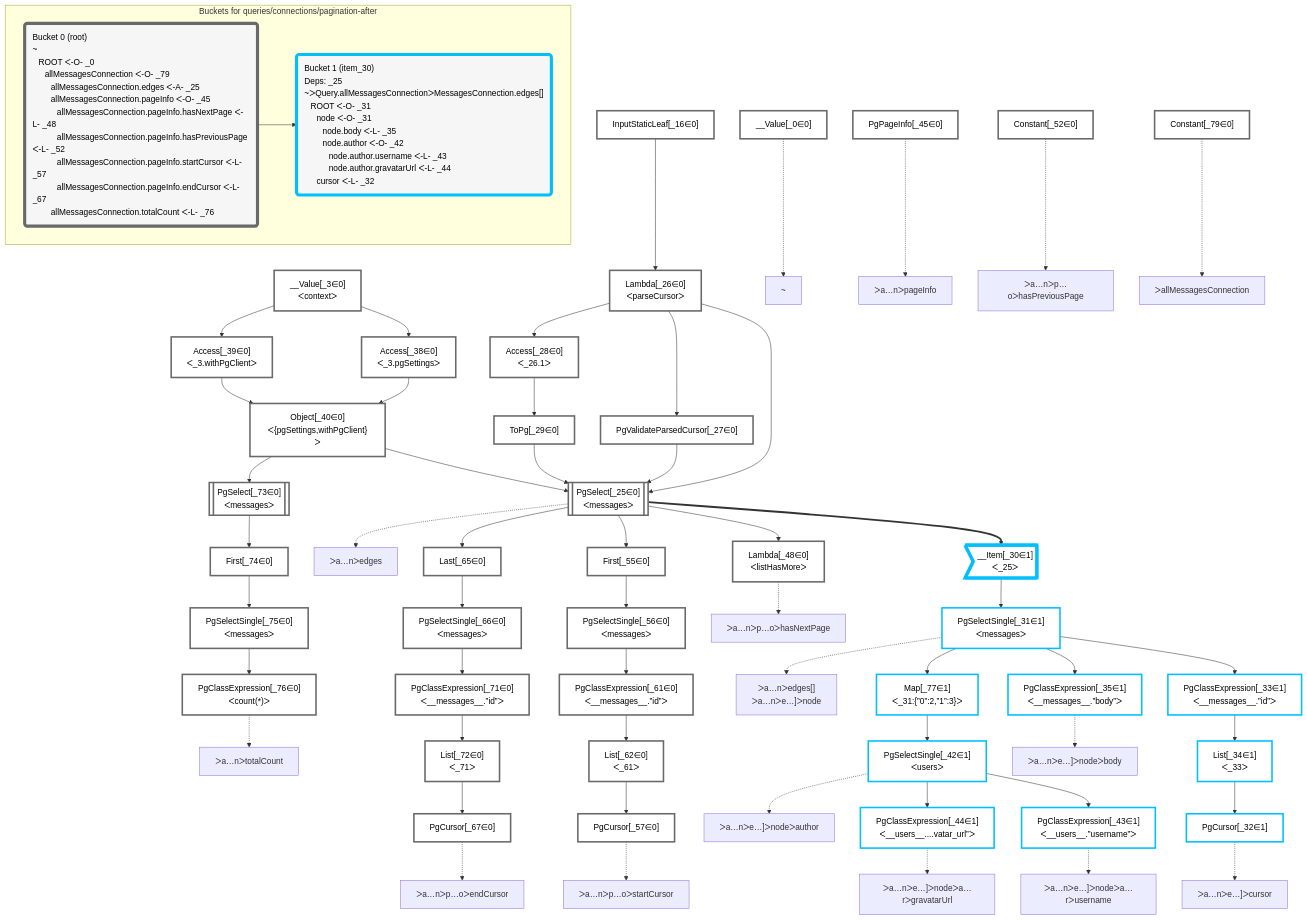
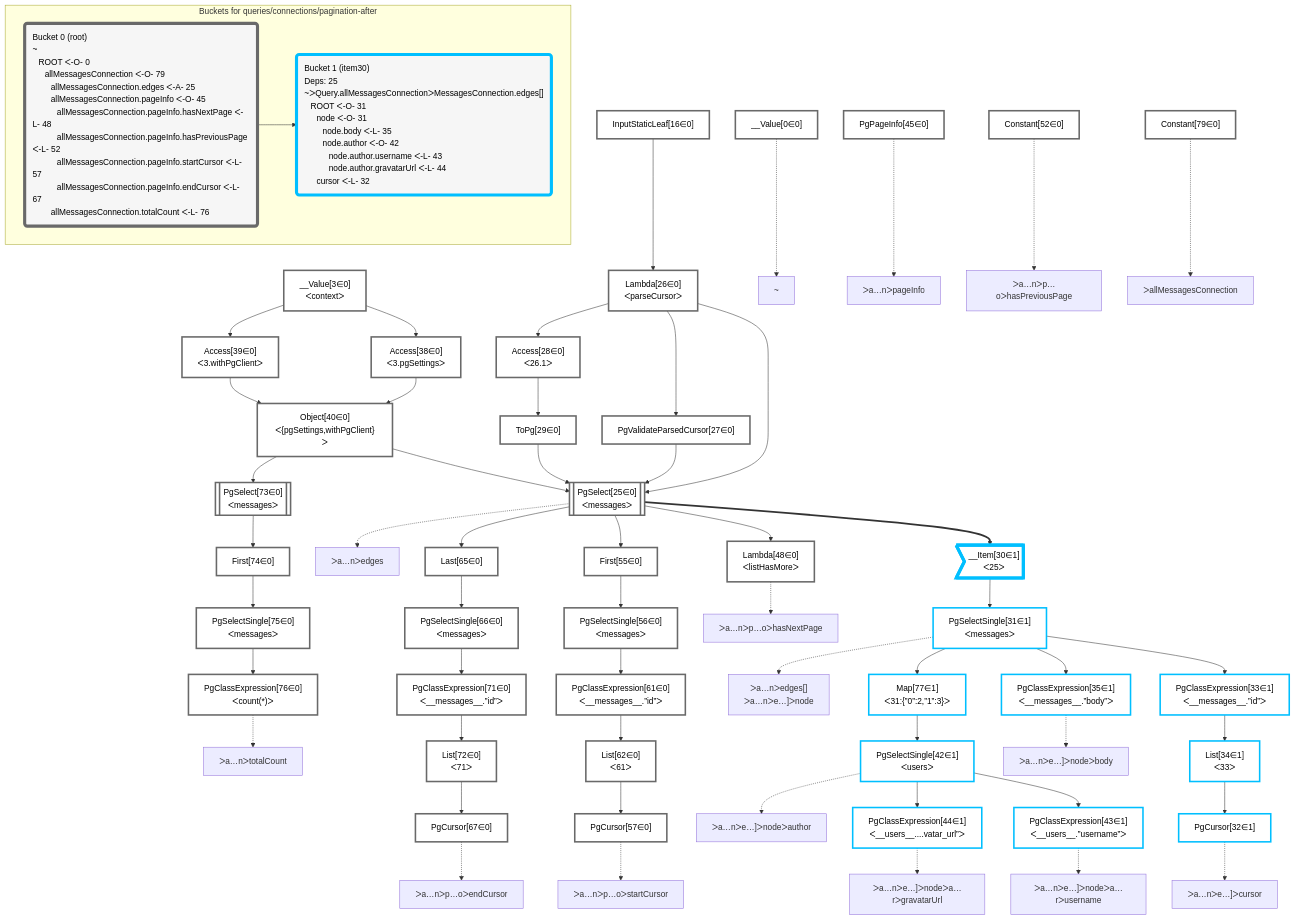
One commit to graphile/crystal changed the diagram in packages/dataplan-pg/__tests__/queries/connections/pagination-after.mermaid.md. Above: the diagram before and after it, drawn with Mermaid. The commit also changed 195 other files, not shown here.

````diff
--- a/packages/dataplan-pg/__tests__/queries/connections/pagination-after.mermaid.md
+++ b/packages/dataplan-pg/__tests__/queries/connections/pagination-after.mermaid.md
@@ -8,120 +8,120 @@
 
 
     %% define plans
-    __Value_0["__Value[_0∈0]"]:::plan
-    PgCursor_32["PgCursor[_32∈1]"]:::plan
-    List_34["List[_34∈1]<br />ᐸ_33ᐳ"]:::plan
-    PgClassExpression_33["PgClassExpression[_33∈1]<br />ᐸ__messages__.”id”ᐳ"]:::plan
-    PgClassExpression_35["PgClassExpression[_35∈1]<br />ᐸ__messages__.”body”ᐳ"]:::plan
-    PgClassExpression_43["PgClassExpression[_43∈1]<br />ᐸ__users__.”username”ᐳ"]:::plan
-    PgClassExpression_44["PgClassExpression[_44∈1]<br />ᐸ__users__....vatar_url”ᐳ"]:::plan
-    PgSelectSingle_42["PgSelectSingle[_42∈1]<br />ᐸusersᐳ"]:::plan
-    Map_77["Map[_77∈1]<br />ᐸ_31:{”0”:2,”1”:3}ᐳ"]:::plan
-    PgSelectSingle_31["PgSelectSingle[_31∈1]<br />ᐸmessagesᐳ"]:::plan
-    __Item_30>"__Item[_30∈1]<br />ᐸ_25ᐳ"]:::itemplan
-    Lambda_48["Lambda[_48∈0]<br />ᐸlistHasMoreᐳ"]:::plan
-    PgCursor_57["PgCursor[_57∈0]"]:::plan
-    List_62["List[_62∈0]<br />ᐸ_61ᐳ"]:::plan
-    PgClassExpression_61["PgClassExpression[_61∈0]<br />ᐸ__messages__.”id”ᐳ"]:::plan
-    PgSelectSingle_56["PgSelectSingle[_56∈0]<br />ᐸmessagesᐳ"]:::plan
-    First_55["First[_55∈0]"]:::plan
-    PgCursor_67["PgCursor[_67∈0]"]:::plan
-    List_72["List[_72∈0]<br />ᐸ_71ᐳ"]:::plan
-    PgClassExpression_71["PgClassExpression[_71∈0]<br />ᐸ__messages__.”id”ᐳ"]:::plan
-    PgSelectSingle_66["PgSelectSingle[_66∈0]<br />ᐸmessagesᐳ"]:::plan
-    Last_65["Last[_65∈0]"]:::plan
-    PgSelect_25[["PgSelect[_25∈0]<br />ᐸmessagesᐳ"]]:::plan
-    PgClassExpression_76["PgClassExpression[_76∈0]<br />ᐸcount(*)ᐳ"]:::plan
-    PgSelectSingle_75["PgSelectSingle[_75∈0]<br />ᐸmessagesᐳ"]:::plan
-    First_74["First[_74∈0]"]:::plan
-    PgSelect_73[["PgSelect[_73∈0]<br />ᐸmessagesᐳ"]]:::plan
-    Object_40["Object[_40∈0]<br />ᐸ{pgSettings,withPgClient}ᐳ"]:::plan
-    Access_38["Access[_38∈0]<br />ᐸ_3.pgSettingsᐳ"]:::plan
-    Access_39["Access[_39∈0]<br />ᐸ_3.withPgClientᐳ"]:::plan
-    __Value_3["__Value[_3∈0]<br />ᐸcontextᐳ"]:::plan
-    PgValidateParsedCursor_27["PgValidateParsedCursor[_27∈0]"]:::plan
-    ToPg_29["ToPg[_29∈0]"]:::plan
-    Access_28["Access[_28∈0]<br />ᐸ_26.1ᐳ"]:::plan
-    Lambda_26["Lambda[_26∈0]<br />ᐸparseCursorᐳ"]:::plan
-    InputStaticLeaf_16["InputStaticLeaf[_16∈0]"]:::plan
-    Constant_79["Constant[_79∈0]"]:::plan
-    PgPageInfo_45["PgPageInfo[_45∈0]"]:::plan
-    Constant_52["Constant[_52∈0]"]:::plan
+    __Value0["__Value[0∈0]"]:::plan
+    PgCursor32["PgCursor[32∈1]"]:::plan
+    List34["List[34∈1]<br />ᐸ33ᐳ"]:::plan
+    PgClassExpression33["PgClassExpression[33∈1]<br />ᐸ__messages__.”id”ᐳ"]:::plan
+    PgClassExpression35["PgClassExpression[35∈1]<br />ᐸ__messages__.”body”ᐳ"]:::plan
+    PgClassExpression43["PgClassExpression[43∈1]<br />ᐸ__users__.”username”ᐳ"]:::plan
+    PgClassExpression44["PgClassExpression[44∈1]<br />ᐸ__users__....vatar_url”ᐳ"]:::plan
+    PgSelectSingle42["PgSelectSingle[42∈1]<br />ᐸusersᐳ"]:::plan
+    Map77["Map[77∈1]<br />ᐸ31:{”0”:2,”1”:3}ᐳ"]:::plan
+    PgSelectSingle31["PgSelectSingle[31∈1]<br />ᐸmessagesᐳ"]:::plan
+    __Item30>"__Item[30∈1]<br />ᐸ25ᐳ"]:::itemplan
+    Lambda48["Lambda[48∈0]<br />ᐸlistHasMoreᐳ"]:::plan
+    PgCursor57["PgCursor[57∈0]"]:::plan
+    List62["List[62∈0]<br />ᐸ61ᐳ"]:::plan
+    PgClassExpression61["PgClassExpression[61∈0]<br />ᐸ__messages__.”id”ᐳ"]:::plan
+    PgSelectSingle56["PgSelectSingle[56∈0]<br />ᐸmessagesᐳ"]:::plan
+    First55["First[55∈0]"]:::plan
+    PgCursor67["PgCursor[67∈0]"]:::plan
+    List72["List[72∈0]<br />ᐸ71ᐳ"]:::plan
+    PgClassExpression71["PgClassExpression[71∈0]<br />ᐸ__messages__.”id”ᐳ"]:::plan
+    PgSelectSingle66["PgSelectSingle[66∈0]<br />ᐸmessagesᐳ"]:::plan
+    Last65["Last[65∈0]"]:::plan
+    PgSelect25[["PgSelect[25∈0]<br />ᐸmessagesᐳ"]]:::plan
+    PgClassExpression76["PgClassExpression[76∈0]<br />ᐸcount(*)ᐳ"]:::plan
+    PgSelectSingle75["PgSelectSingle[75∈0]<br />ᐸmessagesᐳ"]:::plan
+    First74["First[74∈0]"]:::plan
+    PgSelect73[["PgSelect[73∈0]<br />ᐸmessagesᐳ"]]:::plan
+    Object40["Object[40∈0]<br />ᐸ{pgSettings,withPgClient}ᐳ"]:::plan
+    Access38["Access[38∈0]<br />ᐸ3.pgSettingsᐳ"]:::plan
+    Access39["Access[39∈0]<br />ᐸ3.withPgClientᐳ"]:::plan
+    __Value3["__Value[3∈0]<br />ᐸcontextᐳ"]:::plan
+    PgValidateParsedCursor27["PgValidateParsedCursor[27∈0]"]:::plan
+    ToPg29["ToPg[29∈0]"]:::plan
+    Access28["Access[28∈0]<br />ᐸ26.1ᐳ"]:::plan
+    Lambda26["Lambda[26∈0]<br />ᐸparseCursorᐳ"]:::plan
+    InputStaticLeaf16["InputStaticLeaf[16∈0]"]:::plan
+    Constant79["Constant[79∈0]"]:::plan
+    PgPageInfo45["PgPageInfo[45∈0]"]:::plan
+    Constant52["Constant[52∈0]"]:::plan
 
     %% plan dependencies
-    List_34 --> PgCursor_32
-    PgClassExpression_33 --> List_34
-    PgSelectSingle_31 --> PgClassExpression_33
-    PgSelectSingle_31 --> PgClassExpression_35
-    PgSelectSingle_42 --> PgClassExpression_43
-    PgSelectSingle_42 --> PgClassExpression_44
-    Map_77 --> PgSelectSingle_42
-    PgSelectSingle_31 --> Map_77
-    __Item_30 --> PgSelectSingle_31
-    PgSelect_25 ==> __Item_30
-    PgSelect_25 --> Lambda_48
-    List_62 --> PgCursor_57
-    PgClassExpression_61 --> List_62
-    PgSelectSingle_56 --> PgClassExpression_61
-    First_55 --> PgSelectSingle_56
-    PgSelect_25 --> First_55
-    List_72 --> PgCursor_67
-    PgClassExpression_71 --> List_72
-    PgSelectSingle_66 --> PgClassExpression_71
-    Last_65 --> PgSelectSingle_66
-    PgSelect_25 --> Last_65
-    Object_40 & Lambda_26 & PgValidateParsedCursor_27 & ToPg_29 --> PgSelect_25
-    PgSelectSingle_75 --> PgClassExpression_76
-    First_74 --> PgSelectSingle_75
-    PgSelect_73 --> First_74
-    Object_40 --> PgSelect_73
-    Access_38 & Access_39 --> Object_40
-    __Value_3 --> Access_38
-    __Value_3 --> Access_39
-    Lambda_26 --> PgValidateParsedCursor_27
-    Access_28 --> ToPg_29
-    Lambda_26 --> Access_28
-    InputStaticLeaf_16 --> Lambda_26
+    List34 --> PgCursor32
+    PgClassExpression33 --> List34
+    PgSelectSingle31 --> PgClassExpression33
+    PgSelectSingle31 --> PgClassExpression35
+    PgSelectSingle42 --> PgClassExpression43
+    PgSelectSingle42 --> PgClassExpression44
+    Map77 --> PgSelectSingle42
+    PgSelectSingle31 --> Map77
+    __Item30 --> PgSelectSingle31
+    PgSelect25 ==> __Item30
+    PgSelect25 --> Lambda48
+    List62 --> PgCursor57
+    PgClassExpression61 --> List62
+    PgSelectSingle56 --> PgClassExpression61
+    First55 --> PgSelectSingle56
+    PgSelect25 --> First55
+    List72 --> PgCursor67
+    PgClassExpression71 --> List72
+    PgSelectSingle66 --> PgClassExpression71
+    Last65 --> PgSelectSingle66
+    PgSelect25 --> Last65
+    Object40 & Lambda26 & PgValidateParsedCursor27 & ToPg29 --> PgSelect25
+    PgSelectSingle75 --> PgClassExpression76
+    First74 --> PgSelectSingle75
+    PgSelect73 --> First74
+    Object40 --> PgSelect73
+    Access38 & Access39 --> Object40
+    __Value3 --> Access38
+    __Value3 --> Access39
+    Lambda26 --> PgValidateParsedCursor27
+    Access28 --> ToPg29
+    Lambda26 --> Access28
+    InputStaticLeaf16 --> Lambda26
 
     %% plan-to-path relationships
-    P_0["~"]
-    __Value_0 -.-> P_0
-    P_25["ᐳa…nᐳedges"]
-    PgSelect_25 -.-> P_25
-    P_31["ᐳa…nᐳedges[]<br />ᐳa…nᐳe…]ᐳnode"]
-    PgSelectSingle_31 -.-> P_31
-    P_32["ᐳa…nᐳe…]ᐳcursor"]
-    PgCursor_32 -.-> P_32
-    P_35["ᐳa…nᐳe…]ᐳnodeᐳbody"]
-    PgClassExpression_35 -.-> P_35
-    P_42["ᐳa…nᐳe…]ᐳnodeᐳauthor"]
-    PgSelectSingle_42 -.-> P_42
-    P_43["ᐳa…nᐳe…]ᐳnodeᐳa…rᐳusername"]
-    PgClassExpression_43 -.-> P_43
-    P_44["ᐳa…nᐳe…]ᐳnodeᐳa…rᐳgravatarUrl"]
-    PgClassExpression_44 -.-> P_44
-    P_45["ᐳa…nᐳpageInfo"]
-    PgPageInfo_45 -.-> P_45
-    P_48["ᐳa…nᐳp…oᐳhasNextPage"]
-    Lambda_48 -.-> P_48
-    P_52["ᐳa…nᐳp…oᐳhasPreviousPage"]
-    Constant_52 -.-> P_52
-    P_57["ᐳa…nᐳp…oᐳstartCursor"]
-    PgCursor_57 -.-> P_57
-    P_67["ᐳa…nᐳp…oᐳendCursor"]
-    PgCursor_67 -.-> P_67
-    P_76["ᐳa…nᐳtotalCount"]
-    PgClassExpression_76 -.-> P_76
-    P_79["ᐳallMessagesConnection"]
-    Constant_79 -.-> P_79
+    P0["~"]
+    __Value0 -.-> P0
+    P25["ᐳa…nᐳedges"]
+    PgSelect25 -.-> P25
+    P31["ᐳa…nᐳedges[]<br />ᐳa…nᐳe…]ᐳnode"]
+    PgSelectSingle31 -.-> P31
+    P32["ᐳa…nᐳe…]ᐳcursor"]
+    PgCursor32 -.-> P32
+    P35["ᐳa…nᐳe…]ᐳnodeᐳbody"]
+    PgClassExpression35 -.-> P35
+    P42["ᐳa…nᐳe…]ᐳnodeᐳauthor"]
+    PgSelectSingle42 -.-> P42
+    P43["ᐳa…nᐳe…]ᐳnodeᐳa…rᐳusername"]
+    PgClassExpression43 -.-> P43
+    P44["ᐳa…nᐳe…]ᐳnodeᐳa…rᐳgravatarUrl"]
+    PgClassExpression44 -.-> P44
+    P45["ᐳa…nᐳpageInfo"]
+    PgPageInfo45 -.-> P45
+    P48["ᐳa…nᐳp…oᐳhasNextPage"]
+    Lambda48 -.-> P48
+    P52["ᐳa…nᐳp…oᐳhasPreviousPage"]
+    Constant52 -.-> P52
+    P57["ᐳa…nᐳp…oᐳstartCursor"]
+    PgCursor57 -.-> P57
+    P67["ᐳa…nᐳp…oᐳendCursor"]
+    PgCursor67 -.-> P67
+    P76["ᐳa…nᐳtotalCount"]
+    PgClassExpression76 -.-> P76
+    P79["ᐳallMessagesConnection"]
+    Constant79 -.-> P79
 
     subgraph "Buckets for queries/connections/pagination-after"
-    Bucket0("Bucket 0 (root)<br />~<br />⠀ROOT ᐸ-O- _0<br />⠀⠀allMessagesConnection ᐸ-O- _79<br />⠀⠀⠀allMessagesConnection.edges ᐸ-A- _25<br />⠀⠀⠀allMessagesConnection.pageInfo ᐸ-O- _45<br />⠀⠀⠀⠀allMessagesConnection.pageInfo.hasNextPage ᐸ-L- _48<br />⠀⠀⠀⠀allMessagesConnection.pageInfo.hasPreviousPage ᐸ-L- _52<br />⠀⠀⠀⠀allMessagesConnection.pageInfo.startCursor ᐸ-L- _57<br />⠀⠀⠀⠀allMessagesConnection.pageInfo.endCursor ᐸ-L- _67<br />⠀⠀⠀allMessagesConnection.totalCount ᐸ-L- _76"):::bucket
+    Bucket0("Bucket 0 (root)<br />~<br />⠀ROOT ᐸ-O- 0<br />⠀⠀allMessagesConnection ᐸ-O- 79<br />⠀⠀⠀allMessagesConnection.edges ᐸ-A- 25<br />⠀⠀⠀allMessagesConnection.pageInfo ᐸ-O- 45<br />⠀⠀⠀⠀allMessagesConnection.pageInfo.hasNextPage ᐸ-L- 48<br />⠀⠀⠀⠀allMessagesConnection.pageInfo.hasPreviousPage ᐸ-L- 52<br />⠀⠀⠀⠀allMessagesConnection.pageInfo.startCursor ᐸ-L- 57<br />⠀⠀⠀⠀allMessagesConnection.pageInfo.endCursor ᐸ-L- 67<br />⠀⠀⠀allMessagesConnection.totalCount ᐸ-L- 76"):::bucket
     classDef bucket0 stroke:#696969
-    class Bucket0,__Value_0,__Value_3,InputStaticLeaf_16,PgSelect_25,Lambda_26,PgValidateParsedCursor_27,Access_28,ToPg_29,Access_38,Access_39,Object_40,PgPageInfo_45,Lambda_48,Constant_52,First_55,PgSelectSingle_56,PgCursor_57,PgClassExpression_61,List_62,Last_65,PgSelectSingle_66,PgCursor_67,PgClassExpression_71,List_72,PgSelect_73,First_74,PgSelectSingle_75,PgClassExpression_76,Constant_79 bucket0
-    Bucket1("Bucket 1 (item_30)<br />Deps: _25<br />~ᐳQuery.allMessagesConnectionᐳMessagesConnection.edges[]<br />⠀ROOT ᐸ-O- _31<br />⠀⠀node ᐸ-O- _31<br />⠀⠀⠀node.body ᐸ-L- _35<br />⠀⠀⠀node.author ᐸ-O- _42<br />⠀⠀⠀⠀node.author.username ᐸ-L- _43<br />⠀⠀⠀⠀node.author.gravatarUrl ᐸ-L- _44<br />⠀⠀cursor ᐸ-L- _32"):::bucket
+    class Bucket0,__Value0,__Value3,InputStaticLeaf16,PgSelect25,Lambda26,PgValidateParsedCursor27,Access28,ToPg29,Access38,Access39,Object40,PgPageInfo45,Lambda48,Constant52,First55,PgSelectSingle56,PgCursor57,PgClassExpression61,List62,Last65,PgSelectSingle66,PgCursor67,PgClassExpression71,List72,PgSelect73,First74,PgSelectSingle75,PgClassExpression76,Constant79 bucket0
+    Bucket1("Bucket 1 (item30)<br />Deps: 25<br />~ᐳQuery.allMessagesConnectionᐳMessagesConnection.edges[]<br />⠀ROOT ᐸ-O- 31<br />⠀⠀node ᐸ-O- 31<br />⠀⠀⠀node.body ᐸ-L- 35<br />⠀⠀⠀node.author ᐸ-O- 42<br />⠀⠀⠀⠀node.author.username ᐸ-L- 43<br />⠀⠀⠀⠀node.author.gravatarUrl ᐸ-L- 44<br />⠀⠀cursor ᐸ-L- 32"):::bucket
     classDef bucket1 stroke:#00bfff
-    class Bucket1,__Item_30,PgSelectSingle_31,PgCursor_32,PgClassExpression_33,List_34,PgClassExpression_35,PgSelectSingle_42,PgClassExpression_43,PgClassExpression_44,Map_77 bucket1
+    class Bucket1,__Item30,PgSelectSingle31,PgCursor32,PgClassExpression33,List34,PgClassExpression35,PgSelectSingle42,PgClassExpression43,PgClassExpression44,Map77 bucket1
     Bucket0 --> Bucket1
     end
 ```
````
